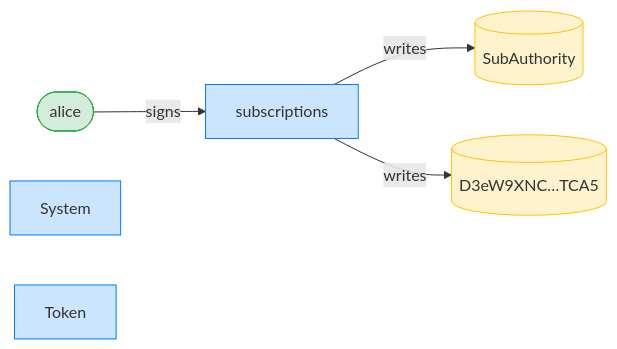
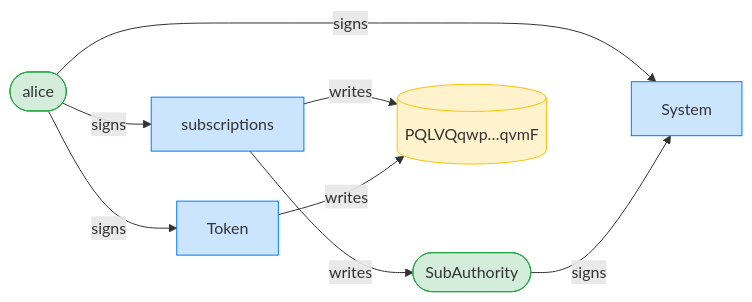
One commit to cds-rs/subscriptions changed the third of 20 diagrams in dsl_tests/payer-recovers-a-delegation-after-the-authority-is-re-initialized.md. Above: the diagram before and after it, drawn with Mermaid. The commit also changed other lines of this file and 224 other files, not shown here.

````diff
--- a/dsl_tests/payer-recovers-a-delegation-after-the-authority-is-re-initialized.md
+++ b/dsl_tests/payer-recovers-a-delegation-after-the-authority-is-re-initialized.md
@@ -53,15 +54,19 @@
 ```mermaid
 flowchart LR
     classDef signer fill:#d4edda,stroke:#28a745;
     classDef program fill:#cce5ff,stroke:#007bff;
     classDef writable fill:#fff3cd,stroke:#ffc107;
     subscriptions[subscriptions]:::program
     alice([alice]):::signer
-    SubAuthority[(SubAuthority)]:::writable
-    D3eW9XNC_TCA5[("D3eW9XNC…TCA5")]:::writable
+    SubAuthority([SubAuthority]):::signer
+    PQLVQqwp_qvmF[("PQLVQqwp…qvmF")]:::writable
     System[System]:::program
     Token[Token]:::program
     alice -->|signs| subscriptions
+    alice -->|signs| System
+    SubAuthority -->|signs| System
+    alice -->|signs| Token
     subscriptions -->|writes| SubAuthority
-    subscriptions -->|writes| D3eW9XNC_TCA5
+    subscriptions -->|writes| PQLVQqwp_qvmF
+    Token -->|writes| PQLVQqwp_qvmF
 ```
````
